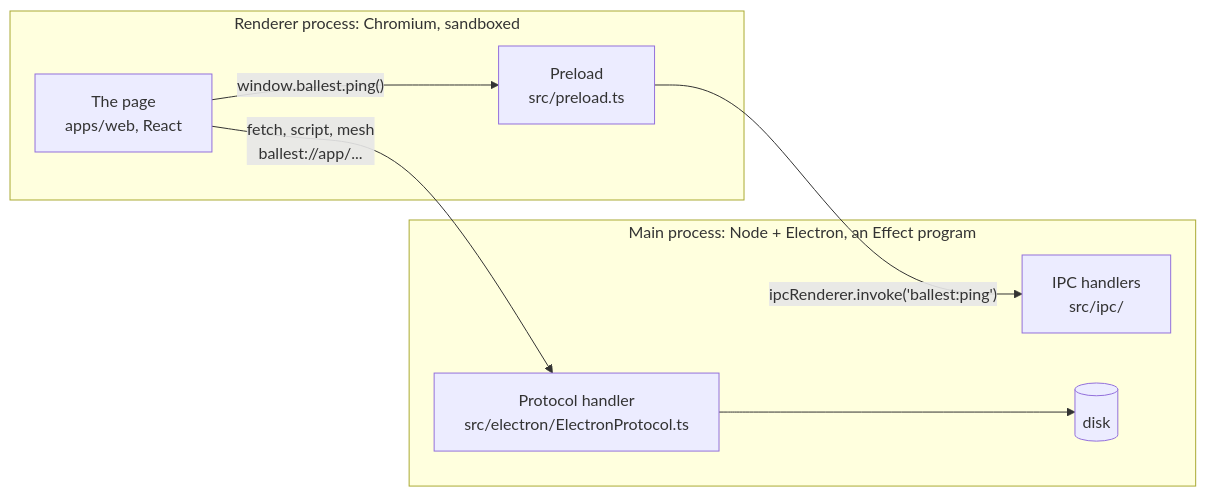
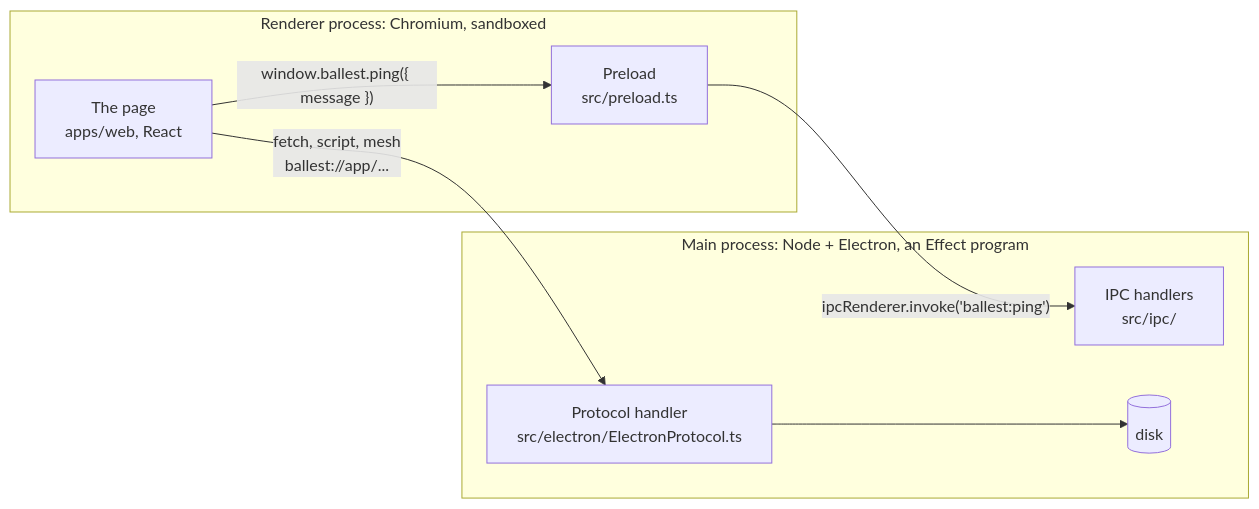
Before and after one commit to ballest-editor/ballest-editor: the first of 3 diagrams in apps/desktop/README.md, drawn with Mermaid. The commit also changed other lines of this file and 31 other files, not shown here.

````diff
--- a/apps/desktop/README.md
+++ b/apps/desktop/README.md
@@ -26,14 +26,14 @@
 ```mermaid
 flowchart LR
   subgraph renderer [Renderer process: Chromium, sandboxed]
     page[The page<br/>apps/web, React]
     preload[Preload<br/>src/preload.ts]
   end
   subgraph main [Main process: Node + Electron, an Effect program]
     protocol[Protocol handler<br/>src/electron/ElectronProtocol.ts]
     ipc[IPC handlers<br/>src/ipc/]
     fs[(disk)]
   end
   page -- "fetch, script, mesh<br/>ballest://app/..." --> protocol --> fs
-  page -- "window.ballest.ping()" --> preload -- "ipcRenderer.invoke('ballest:ping')" --> ipc
+  page -- "window.ballest.ping({ message })" --> preload -- "ipcRenderer.invoke('ballest:ping')" --> ipc
 ```
````
